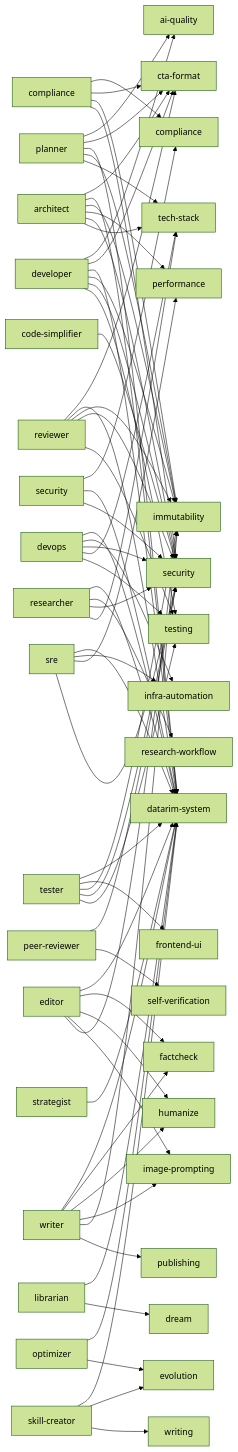
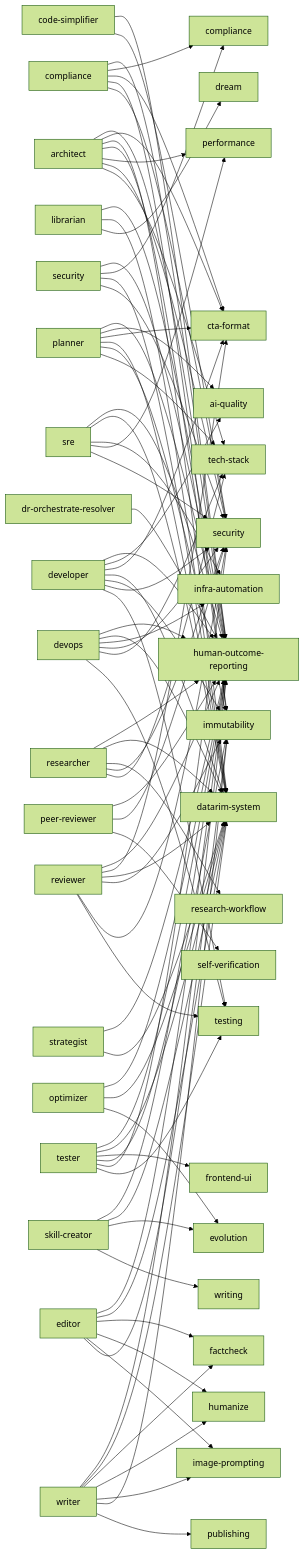
Before and after one commit to Arcanada-one/datarim: the second of 2 diagrams in skills/visual-maps/framework-architecture.md, drawn with Mermaid (forest theme). The commit also changed other lines of this file and 92 other files, not shown here.

````diff
--- a/skills/visual-maps/framework-architecture.md
+++ b/skills/visual-maps/framework-architecture.md
@@ -37,68 +37,87 @@
 ```mermaid
 graph LR
+    A_architect["architect"] --> S_human_outcome_reporting["human-outcome-reporting"]
     A_architect["architect"] --> S_cta_format["cta-format"]
     A_architect["architect"] --> S_datarim_system["datarim-system"]
     A_architect["architect"] --> S_immutability["immutability"]
     A_architect["architect"] --> S_performance["performance"]
     A_architect["architect"] --> S_security["security"]
     A_architect["architect"] --> S_tech_stack["tech-stack"]
+    A_code_simplifier["code-simplifier"] --> S_human_outcome_reporting["human-outcome-reporting"]
     A_code_simplifier["code-simplifier"] --> S_security["security"]
+    A_compliance["compliance"] --> S_human_outcome_reporting["human-outcome-reporting"]
     A_compliance["compliance"] --> S_compliance["compliance"]
     A_compliance["compliance"] --> S_cta_format["cta-format"]
     A_compliance["compliance"] --> S_immutability["immutability"]
     A_compliance["compliance"] --> S_security["security"]
+    A_developer["developer"] --> S_human_outcome_reporting["human-outcome-reporting"]
     A_developer["developer"] --> S_ai_quality["ai-quality"]
     A_developer["developer"] --> S_cta_format["cta-format"]
     A_developer["developer"] --> S_datarim_system["datarim-system"]
     A_developer["developer"] --> S_immutability["immutability"]
     A_developer["developer"] --> S_security["security"]
     A_developer["developer"] --> S_testing["testing"]
+    A_devops["devops"] --> S_human_outcome_reporting["human-outcome-reporting"]
     A_devops["devops"] --> S_datarim_system["datarim-system"]
     A_devops["devops"] --> S_infra_automation["infra-automation"]
     A_devops["devops"] --> S_security["security"]
     A_devops["devops"] --> S_tech_stack["tech-stack"]
     A_devops["devops"] --> S_testing["testing"]
+    A_dr_orchestrate_resolver["dr-orchestrate-resolver"] --> S_human_outcome_reporting["human-outcome-reporting"]
+    A_editor["editor"] --> S_human_outcome_reporting["human-outcome-reporting"]
     A_editor["editor"] --> S_datarim_system["datarim-system"]
     A_editor["editor"] --> S_factcheck["factcheck"]
     A_editor["editor"] --> S_humanize["humanize"]
     A_editor["editor"] --> S_image_prompting["image-prompting"]
     A_editor["editor"] --> S_immutability["immutability"]
+    A_librarian["librarian"] --> S_human_outcome_reporting["human-outcome-reporting"]
     A_librarian["librarian"] --> S_datarim_system["datarim-system"]
     A_librarian["librarian"] --> S_dream["dream"]
+    A_optimizer["optimizer"] --> S_human_outcome_reporting["human-outcome-reporting"]
     A_optimizer["optimizer"] --> S_datarim_system["datarim-system"]
     A_optimizer["optimizer"] --> S_evolution["evolution"]
+    A_peer_reviewer["peer-reviewer"] --> S_human_outcome_reporting["human-outcome-reporting"]
     A_peer_reviewer["peer-reviewer"] --> S_security["security"]
     A_peer_reviewer["peer-reviewer"] --> S_self_verification["self-verification"]
+    A_planner["planner"] --> S_human_outcome_reporting["human-outcome-reporting"]
     A_planner["planner"] --> S_ai_quality["ai-quality"]
     A_planner["planner"] --> S_cta_format["cta-format"]
     A_planner["planner"] --> S_datarim_system["datarim-system"]
     A_planner["planner"] --> S_immutability["immutability"]
     A_planner["planner"] --> S_tech_stack["tech-stack"]
+    A_researcher["researcher"] --> S_human_outcome_reporting["human-outcome-reporting"]
     A_researcher["researcher"] --> S_datarim_system["datarim-system"]
     A_researcher["researcher"] --> S_research_workflow["research-workflow"]
     A_researcher["researcher"] --> S_security["security"]
     A_researcher["researcher"] --> S_tech_stack["tech-stack"]
+    A_reviewer["reviewer"] --> S_human_outcome_reporting["human-outcome-reporting"]
     A_reviewer["reviewer"] --> S_cta_format["cta-format"]
     A_reviewer["reviewer"] --> S_datarim_system["datarim-system"]
     A_reviewer["reviewer"] --> S_immutability["immutability"]
     A_reviewer["reviewer"] --> S_security["security"]
     A_reviewer["reviewer"] --> S_testing["testing"]
+    A_security["security"] --> S_human_outcome_reporting["human-outcome-reporting"]
     A_security["security"] --> S_compliance["compliance"]
     A_security["security"] --> S_datarim_system["datarim-system"]
     A_security["security"] --> S_security["security"]
+    A_skill_creator["skill-creator"] --> S_human_outcome_reporting["human-outcome-reporting"]
     A_skill_creator["skill-creator"] --> S_datarim_system["datarim-system"]
     A_skill_creator["skill-creator"] --> S_evolution["evolution"]
     A_skill_creator["skill-creator"] --> S_writing["writing"]
+    A_sre["sre"] --> S_human_outcome_reporting["human-outcome-reporting"]
     A_sre["sre"] --> S_datarim_system["datarim-system"]
     A_sre["sre"] --> S_infra_automation["infra-automation"]
     A_sre["sre"] --> S_performance["performance"]
     A_sre["sre"] --> S_security["security"]
+    A_strategist["strategist"] --> S_human_outcome_reporting["human-outcome-reporting"]
     A_strategist["strategist"] --> S_datarim_system["datarim-system"]
+    A_tester["tester"] --> S_human_outcome_reporting["human-outcome-reporting"]
     A_tester["tester"] --> S_datarim_system["datarim-system"]
     A_tester["tester"] --> S_frontend_ui["frontend-ui"]
     A_tester["tester"] --> S_immutability["immutability"]
     A_tester["tester"] --> S_security["security"]
     A_tester["tester"] --> S_testing["testing"]
+    A_writer["writer"] --> S_human_outcome_reporting["human-outcome-reporting"]
     A_writer["writer"] --> S_datarim_system["datarim-system"]
     A_writer["writer"] --> S_factcheck["factcheck"]
     A_writer["writer"] --> S_humanize["humanize"]
````
